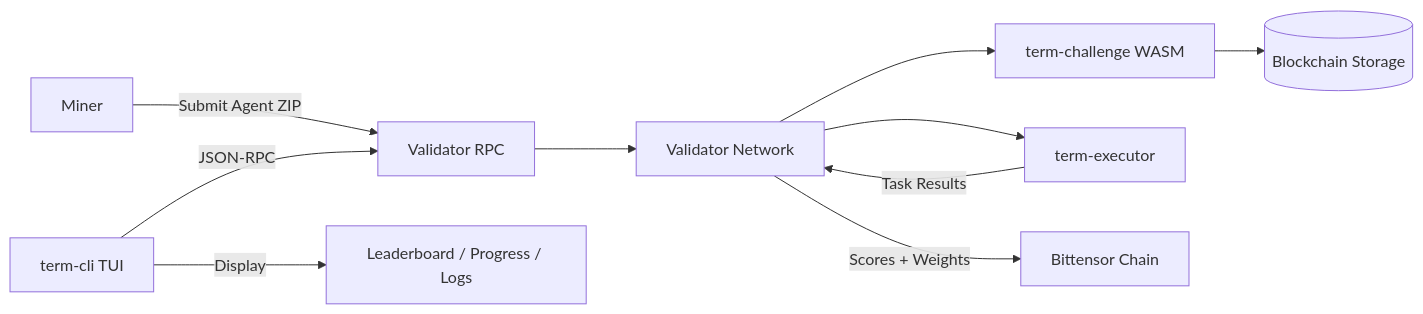
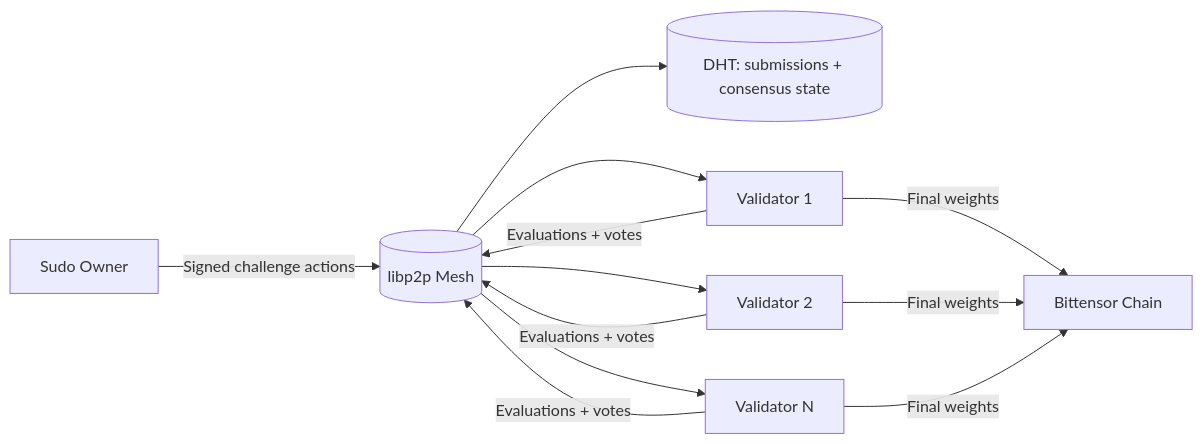
The first of 6 diagrams in README.md (PlatformNetwork/term-challenge-v2), drawn with Mermaid before and after one commit. The commit also changed other lines of this file and 208 other files, not shown here.

First line of the commit message:
feat: WASM-only architecture with sudo challenge management and P2P distribution

````diff
--- a/README.md
+++ b/README.md
@@ -20,12 +46,14 @@
 ```mermaid
 flowchart LR
-    Miner[Miner] -->|Submit Agent ZIP| RPC[Validator RPC]
-    RPC --> Validators[Validator Network]
-    Validators --> WASM[term-challenge WASM]
-    WASM --> Storage[(Blockchain Storage)]
-    Validators --> Executor[term-executor]
-    Executor -->|Task Results| Validators
-    Validators -->|Scores + Weights| BT[Bittensor Chain]
-    CLI[term-cli TUI] -->|JSON-RPC| RPC
-    CLI -->|Display| Monitor[Leaderboard / Progress / Logs]
+    Owner[Sudo Owner] -->|Signed challenge actions| Mesh[(libp2p Mesh)]
+    Mesh --> DHT[(DHT: submissions + consensus state)]
+    Mesh --> V1[Validator 1]
+    Mesh --> V2[Validator 2]
+    Mesh --> VN[Validator N]
+    V1 -->|Evaluations + votes| Mesh
+    V2 -->|Evaluations + votes| Mesh
+    VN -->|Evaluations + votes| Mesh
+    V1 -->|Final weights| BT[Bittensor Chain]
+    V2 -->|Final weights| BT
+    VN -->|Final weights| BT
 ```
````
